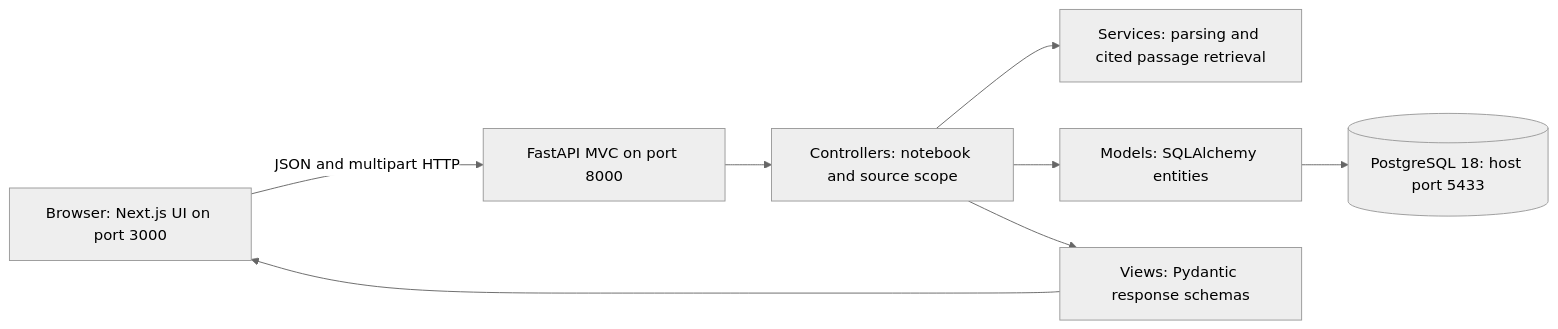
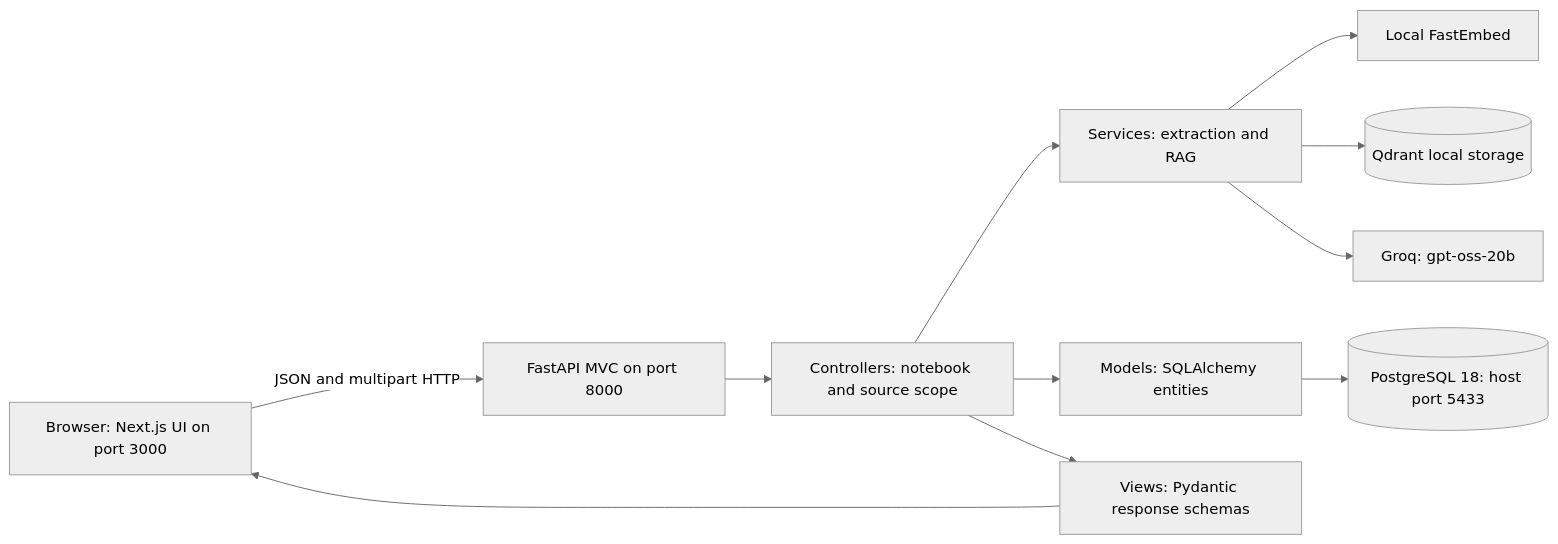
The first of 2 diagrams in docs/architecture.md (ratuku/NotebookAI), drawn with Mermaid (neutral theme) before and after one commit. The commit also changed other lines of this file and 34 other files, not shown here.

````diff
--- a/docs/architecture.md
+++ b/docs/architecture.md
@@ -5,10 +5,13 @@
 ```mermaid
 flowchart LR
     Browser[Browser: Next.js UI on port 3000] -->|JSON and multipart HTTP| API[FastAPI MVC on port 8000]
     API --> Controllers[Controllers: notebook and source scope]
-    Controllers --> Services[Services: parsing and cited passage retrieval]
+    Controllers --> Services[Services: extraction and RAG]
+    Services --> Embed[Local FastEmbed]
+    Services --> Vector[(Qdrant local storage)]
+    Services --> Groq[Groq: gpt-oss-20b]
     Controllers --> Models[Models: SQLAlchemy entities]
     Models --> DB[(PostgreSQL 18: host port 5433)]
     Controllers --> Views[Views: Pydantic response schemas]
     Views --> Browser
 ```
````
